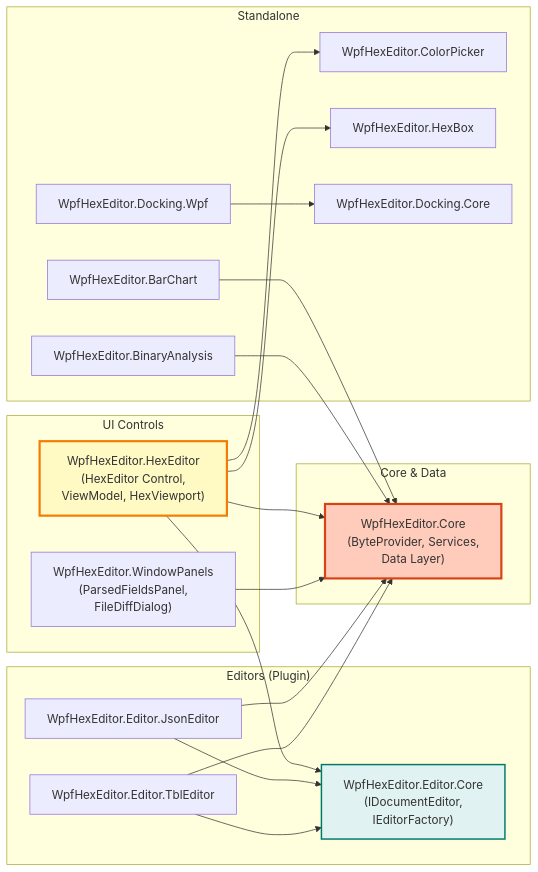
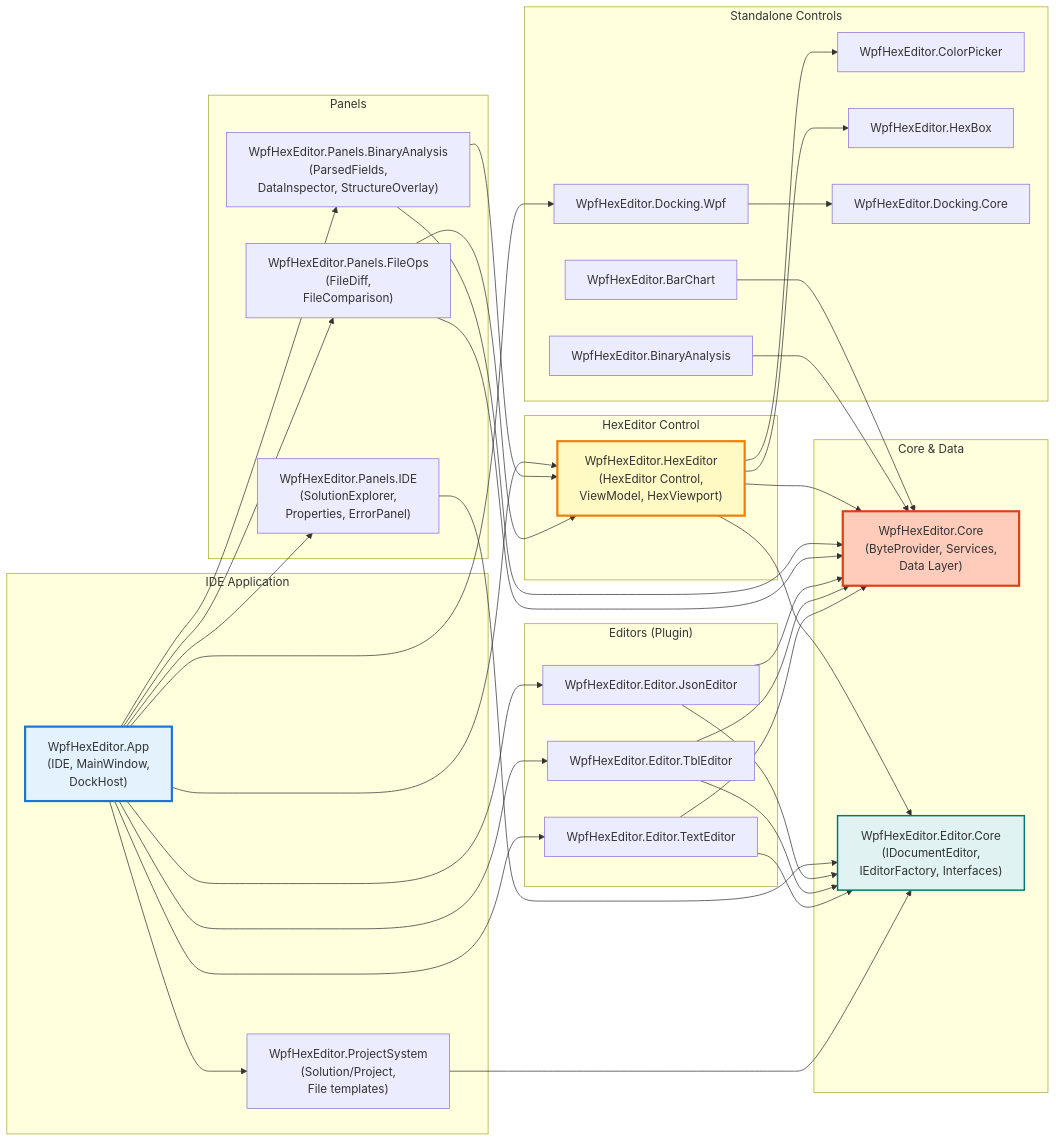
One commit to myd7349/WpfHexEditorControl changed the first of 9 diagrams in docs/architecture/Overview.md. Above: the diagram before and after it, drawn with Mermaid. The commit also changed other lines of this file and 5 other files, not shown here.

````diff
--- a/docs/architecture/Overview.md
+++ b/docs/architecture/Overview.md
@@ -91,43 +88,75 @@
 ```mermaid
 graph LR
+    subgraph "IDE Application"
+        App["WpfHexEditor.App<br/>(IDE, MainWindow,<br/>DockHost)"]
+        ProjectSystem["WpfHexEditor.ProjectSystem<br/>(Solution/Project,<br/>File templates)"]
+    end
+
     subgraph "Core & Data"
         Core["WpfHexEditor.Core<br/>(ByteProvider, Services,<br/>Data Layer)"]
+        EditorCore["WpfHexEditor.Editor.Core<br/>(IDocumentEditor,<br/>IEditorFactory, Interfaces)"]
     end
 
-    subgraph "UI Controls"
+    subgraph "HexEditor Control"
         HexEditor["WpfHexEditor.HexEditor<br/>(HexEditor Control,<br/>ViewModel, HexViewport)"]
-        WindowPanels["WpfHexEditor.WindowPanels<br/>(ParsedFieldsPanel,<br/>FileDiffDialog)"]
     end
 
     subgraph "Editors (Plugin)"
-        EditorCore["WpfHexEditor.Editor.Core<br/>(IDocumentEditor,<br/>IEditorFactory)"]
         JsonEditor["WpfHexEditor.Editor.JsonEditor"]
         TblEditor["WpfHexEditor.Editor.TblEditor"]
+        TextEditor["WpfHexEditor.Editor.TextEditor"]
     end
 
-    subgraph "Standalone"
+    subgraph "Panels"
+        PanelsIDE["WpfHexEditor.Panels.IDE<br/>(SolutionExplorer,<br/>Properties, ErrorPanel)"]
+        PanelsBinary["WpfHexEditor.Panels.BinaryAnalysis<br/>(ParsedFields,<br/>DataInspector, StructureOverlay)"]
+        PanelsFileOps["WpfHexEditor.Panels.FileOps<br/>(FileDiff,<br/>FileComparison)"]
+    end
+
+    subgraph "Standalone Controls"
         BarChart["WpfHexEditor.BarChart"]
         BinaryAnalysis["WpfHexEditor.BinaryAnalysis"]
         ColorPicker["WpfHexEditor.ColorPicker"]
         HexBox["WpfHexEditor.HexBox"]
         DockingCore["WpfHexEditor.Docking.Core"]
         DockingWpf["WpfHexEditor.Docking.Wpf"]
     end
 
+    App --> HexEditor
+    App --> PanelsIDE
+    App --> PanelsBinary
+    App --> PanelsFileOps
+    App --> ProjectSystem
+    App --> DockingWpf
+    App --> JsonEditor
+    App --> TblEditor
+    App --> TextEditor
+
     HexEditor --> Core
     HexEditor --> EditorCore
-    WindowPanels --> Core
+    HexEditor --> ColorPicker
+    HexEditor --> HexBox
+
+    PanelsIDE --> EditorCore
+    PanelsBinary --> Core
+    PanelsBinary --> HexEditor
+    PanelsFileOps --> Core
+    PanelsFileOps --> HexEditor
+
     JsonEditor --> Core
     JsonEditor --> EditorCore
     TblEditor --> Core
     TblEditor --> EditorCore
+    TextEditor --> Core
+    TextEditor --> EditorCore
+
     BarChart --> Core
     BinaryAnalysis --> Core
     DockingWpf --> DockingCore
-    HexEditor --> ColorPicker
-    HexEditor --> HexBox
+    ProjectSystem --> EditorCore
 
     style Core fill:#ffccbc,stroke:#d84315,stroke-width:3px
     style HexEditor fill:#fff9c4,stroke:#f57c00,stroke-width:3px
     style EditorCore fill:#e0f2f1,stroke:#00796b,stroke-width:2px
+    style App fill:#e3f2fd,stroke:#1976d2,stroke-width:3px
 ```
````
